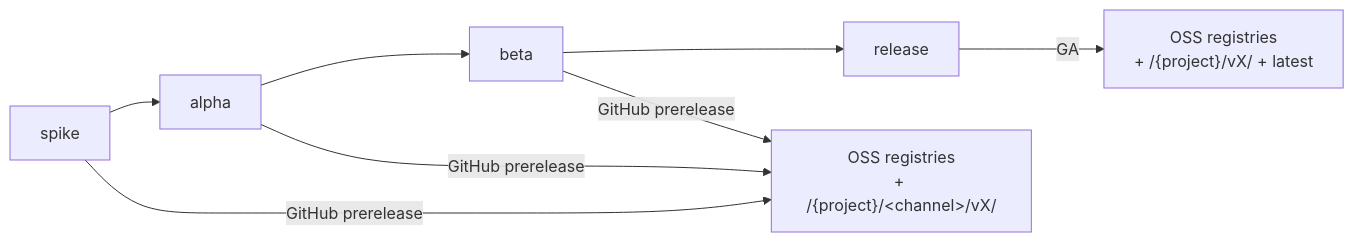
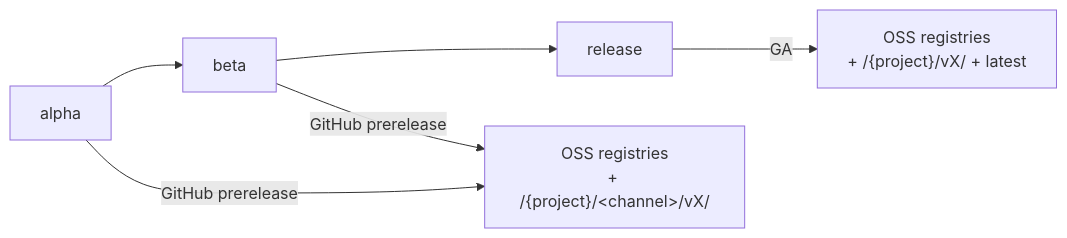
The sixth of 7 diagrams in docs/flow.md (hyperi-io/hyperi-ci), drawn with Mermaid before and after one commit. The commit also changed other lines of this file and 7 other files, not shown here.

````diff
--- a/docs/flow.md
+++ b/docs/flow.md
@@ -120,6 +120,6 @@
 ```mermaid
 flowchart LR
-    S[spike] --> A[alpha] --> B[beta] --> R[release]
-    S & A & B -->|GitHub prerelease| PRE["OSS registries<br/>+ /{project}/&lt;channel&gt;/vX/"]
+    A[alpha] --> B[beta] --> R[release]
+    A & B -->|GitHub prerelease| PRE["OSS registries<br/>+ /{project}/&lt;channel&gt;/vX/"]
     R -->|GA| GA["OSS registries<br/>+ /{project}/vX/ + latest"]
 ```
````
